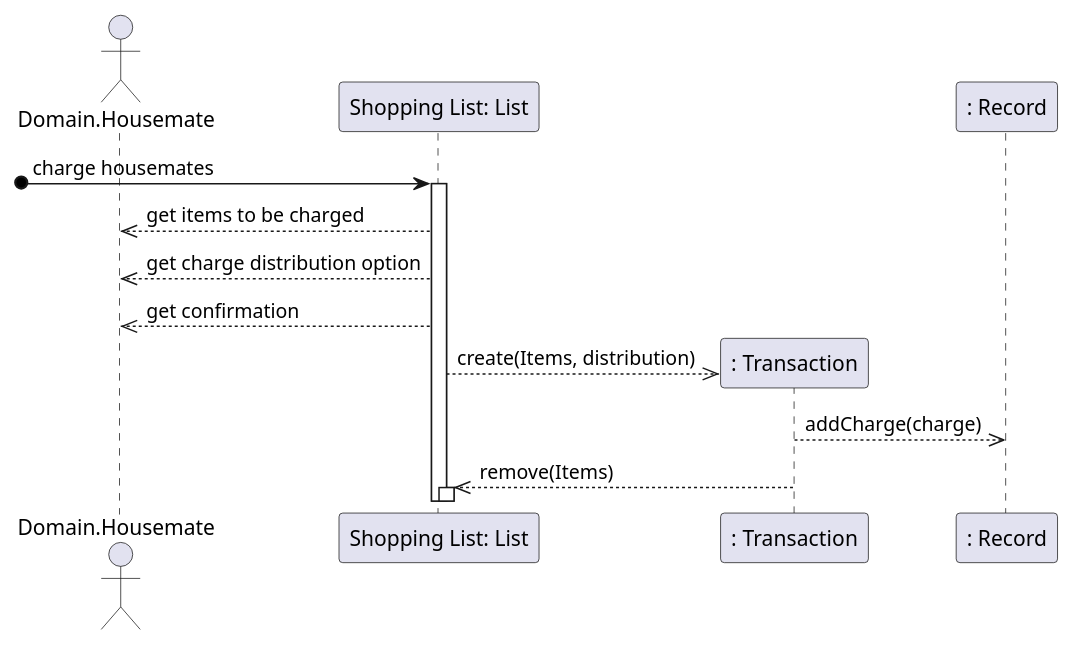
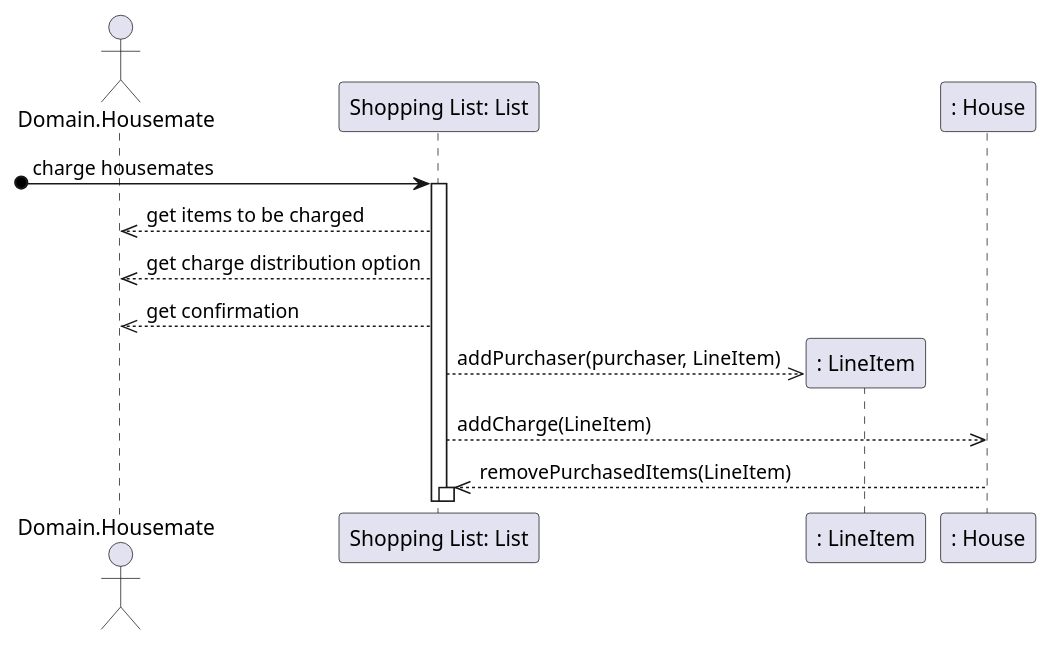
Before and after one commit to willemnielsen/House-App: the third of 4 diagrams in doc/design.md, drawn with PlantUML. The commit also changed other lines of this file, not shown here.

Commit message:
Updated Domain model, sequence diagram and class diagram to be simpler

````diff
--- a/doc/design.md
+++ b/doc/design.md
@@ -101,24 +88,24 @@
 ```plantuml
 
 @startuml
 actor Domain.Housemate as Actor
 participant "Shopping List: List" as shoppingList
-participant ": Transaction" as transaction
-participant ": Record" as record
+participant ": LineItem" as LineItem
+participant ": House" as house
 
 
 [o-> shoppingList : charge housemates
 activate shoppingList
 
     shoppingList -->> Actor  : get items to be charged
     shoppingList -->> Actor  : get charge distribution option
     shoppingList -->> Actor  : get confirmation
-    shoppingList -->> transaction** : create(Items, distribution)
-    transaction -->> record : addCharge(charge)
-    transaction -->> shoppingList : remove(Items)
+    shoppingList -->> LineItem** : addPurchaser(purchaser, LineItem)
+    shoppingList -->> house : addCharge(LineItem)
+    house -->> shoppingList : removePurchasedItems(LineItem)
 
 activate shoppingList
 
 
 @enduml
 ```
````
